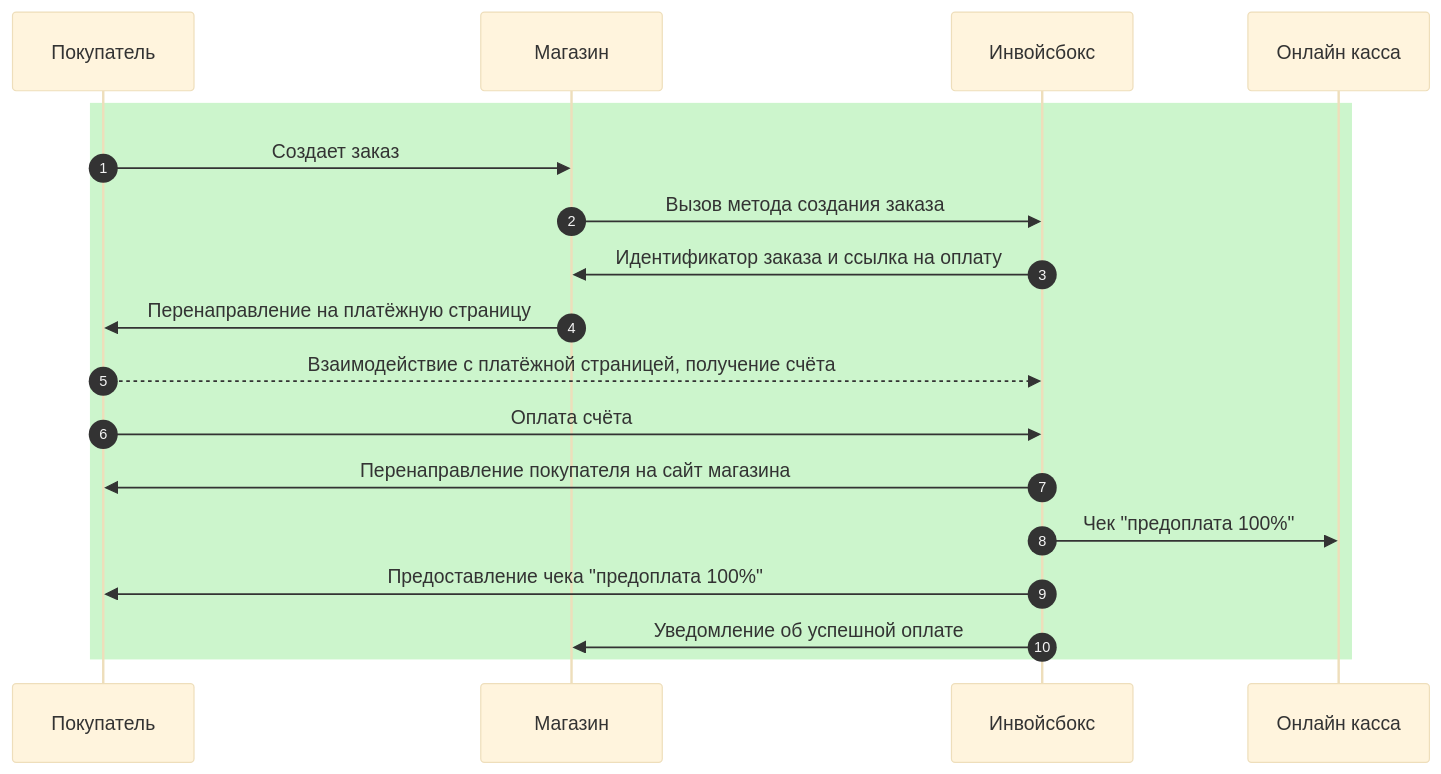
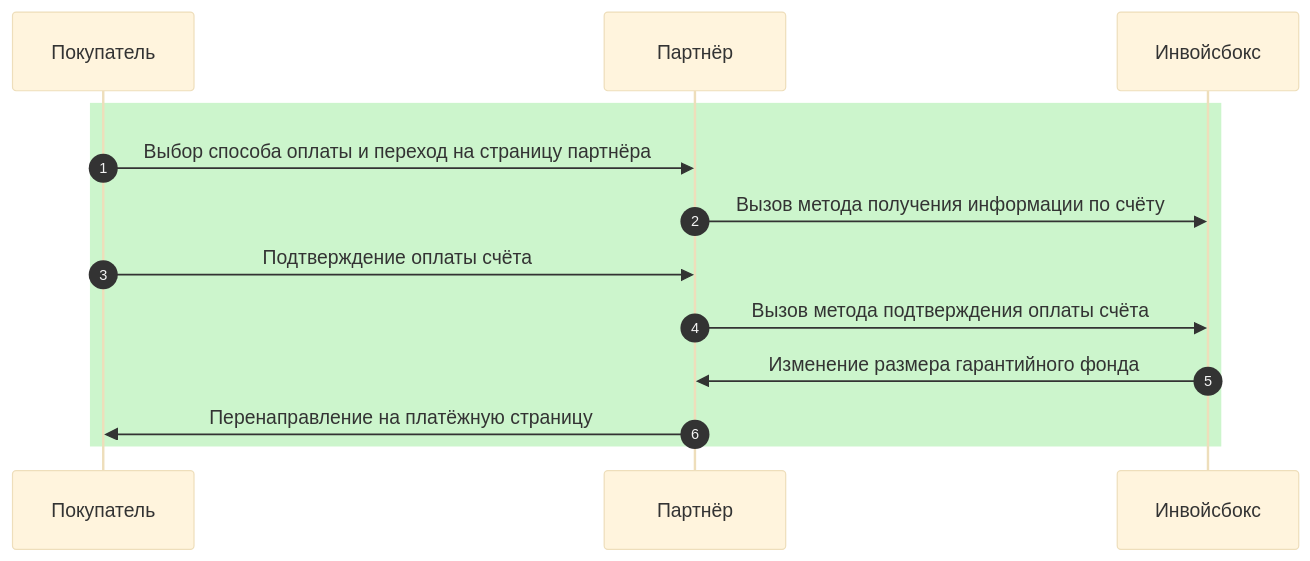
One commit to YIGRIKY/invoicebox-docs changed the diagram in docs/business/schema.md. Above: the diagram before and after it, drawn with Mermaid (base theme). The commit also changed other lines of this file, not shown here.

Commit message:
Scheme fix update

```diff
--- a/docs/business/schema.md
+++ b/docs/business/schema.md
@@ -11,20 +10,15 @@
 <div class="mermaid">
 sequenceDiagram
     autonumber
     participant Покупатель
-    participant Магазин
-    participant Инвойсбокс 
-    participant Онлайн касса
+    participant Партнёр
+    participant Инвойсбокс
     rect rgb(204, 245, 204)
-      Покупатель->>Магазин: Создает заказ
-      Магазин->>Инвойсбокс: Вызов метода создания заказа
-      Инвойсбокс->>Магазин: Идентификатор заказа и ссылка на оплату
-      Магазин->>Покупатель: Перенаправление на платёжную страницу
-      Покупатель-->>Инвойсбокс: Взаимодействие с платёжной страницей, получение счёта
-      Покупатель->>Инвойсбокс: Оплата счёта
-      Инвойсбокс->>Покупатель: Перенаправление покупателя на сайт магазина
-      Инвойсбокс->>Онлайн касса: Чек "предоплата 100%"
-      Инвойсбокс->>Покупатель: Предоставление чека "предоплата 100%"
-      Инвойсбокс->>Магазин: Уведомление об успешной оплате
+      Покупатель->>Партнёр: Выбор способа оплаты и переход на страницу партнёра
+      Партнёр->>Инвойсбокс: Вызов метода получения информации по счёту
+      Покупатель->>Партнёр: Подтверждение оплаты счёта
+      Партнёр->>Инвойсбокс: Вызов метода подтверждения оплаты счёта
+      Инвойсбокс->>Партнёр: Изменение размера гарантийного фонда
+      Партнёр->>Покупатель: Перенаправление на платёжную страницу
     end
 </div>
```
